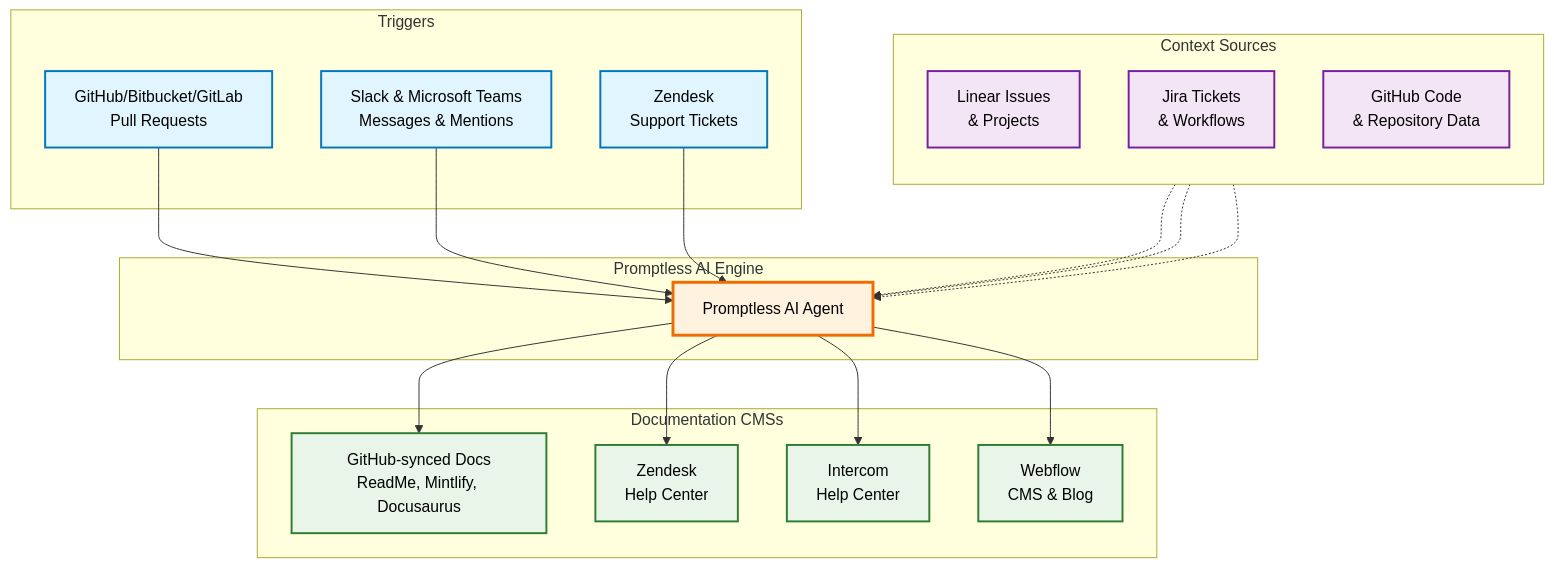
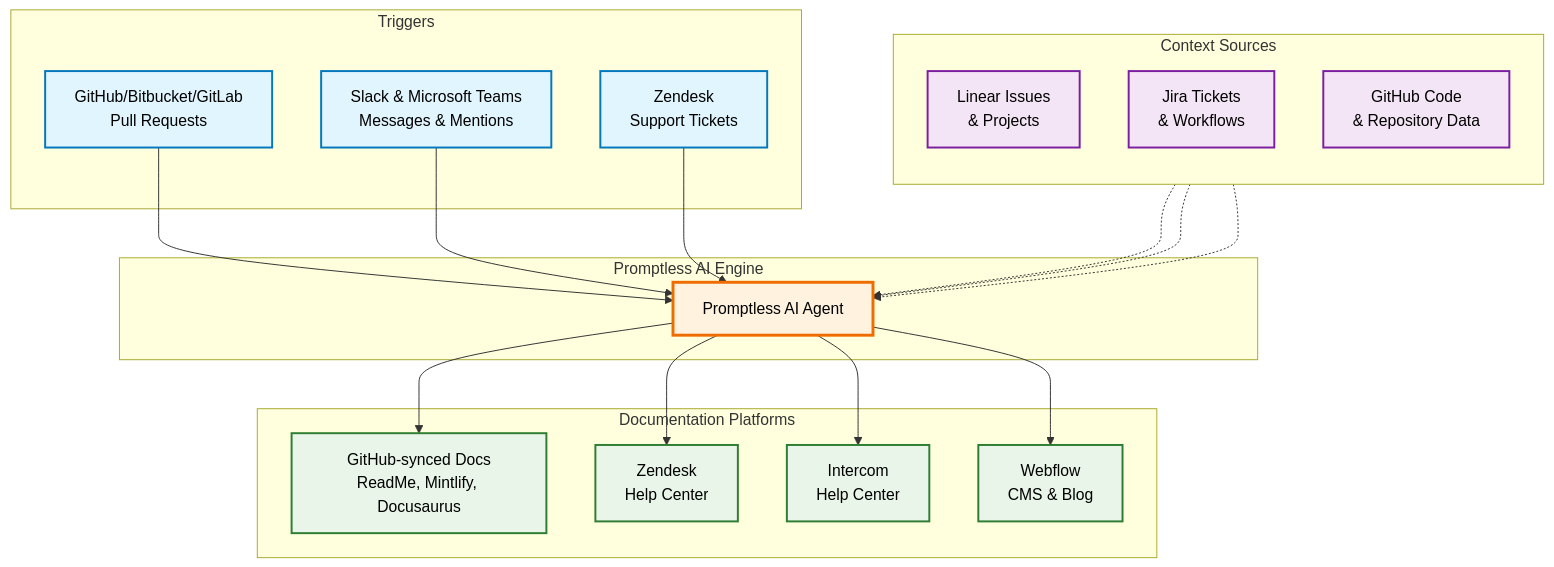
The diagram in fern/docs/core-concepts/index.mdx (Promptless/docs), drawn with Mermaid before and after one commit. The commit also changed other lines of this file and 1 other file, not shown here.

Commit message:
Sync documentation updates from Promptless agent

````diff
--- a/fern/docs/core-concepts/index.mdx
+++ b/fern/docs/core-concepts/index.mdx
@@ -9,55 +9,55 @@
 ```mermaid
 graph TB
     %% Triggers Section
     subgraph "Triggers"
         T1[GitHub/Bitbucket/GitLab<br/>Pull Requests]
         T2[Slack & Microsoft Teams<br/>Messages & Mentions]
         T3[Zendesk<br/>Support Tickets]
     end
 
     %% Context Sources Section (vertical layout)
     subgraph "Context Sources"
         direction TB
         C1[Linear Issues<br/>& Projects]
         C2[Jira Tickets<br/>& Workflows]
         C3[GitHub Code<br/>& Repository Data]
     end
 
     %% Promptless Core
     subgraph "Promptless AI Engine"
         AI[Promptless AI Agent]
     end
 
-    %% Documentation CMSs
-    subgraph "Documentation CMSs"
+    %% Documentation Platforms
+    subgraph "Documentation Platforms"
         D1[GitHub-synced Docs<br/>ReadMe, Mintlify, Docusaurus]
         D2[Zendesk<br/>Help Center]
         D3[Intercom<br/>Help Center]
         D4[Webflow<br/>CMS & Blog]
     end
 
     %% Connections
     T1 --> AI
     T2 --> AI
     T3 --> AI
     
     C1 -.-> AI
     C2 -.-> AI
     C3 -.-> AI
 
     AI --> D1
     AI --> D2
     AI --> D3
     AI --> D4
 
     %% Styling
     classDef triggerStyle fill:#e1f5fe,stroke:#0277bd,stroke-width:2px,color:#000000
     classDef contextStyle fill:#f3e5f5,stroke:#7b1fa2,stroke-width:2px,color:#000000
     classDef coreStyle fill:#fff3e0,stroke:#ef6c00,stroke-width:3px,color:#000000
-    classDef cmsStyle fill:#e8f5e8,stroke:#2e7d32,stroke-width:2px,color:#000000
+    classDef platformStyle fill:#e8f5e8,stroke:#2e7d32,stroke-width:2px,color:#000000
 
     class T1,T2,T3 triggerStyle
     class C1,C2,C3 contextStyle
     class AI coreStyle
-    class D1,D2,D3,D4 cmsStyle
+    class D1,D2,D3,D4 platformStyle
 ```
````
